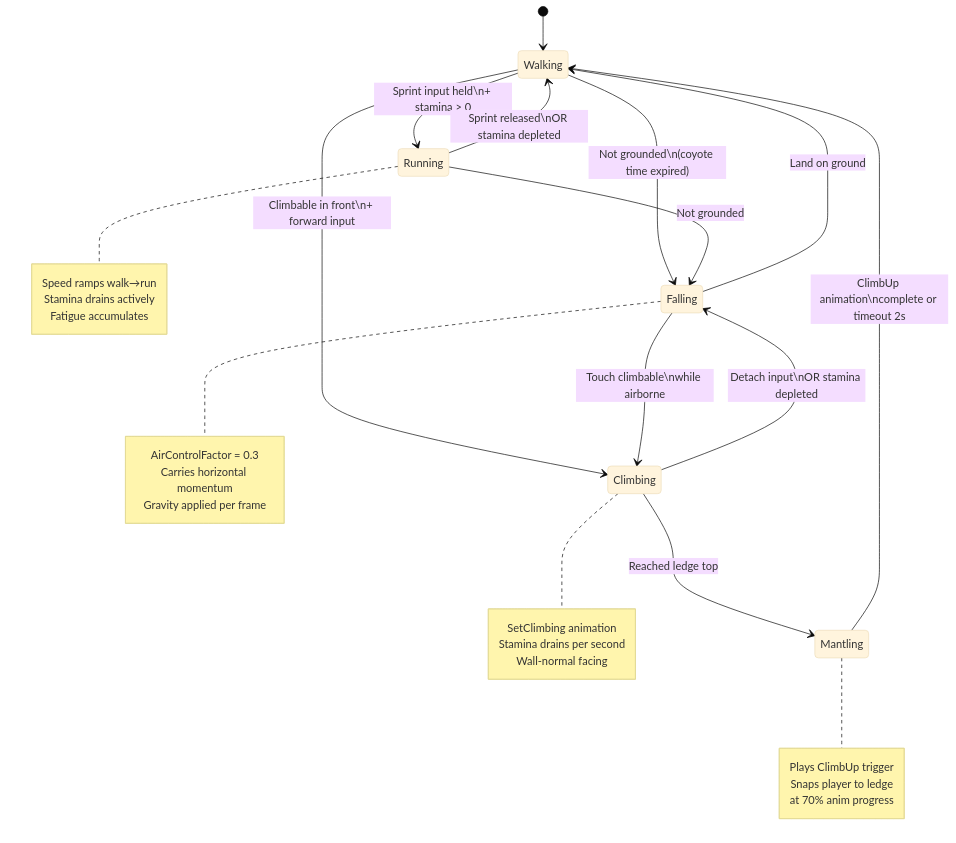
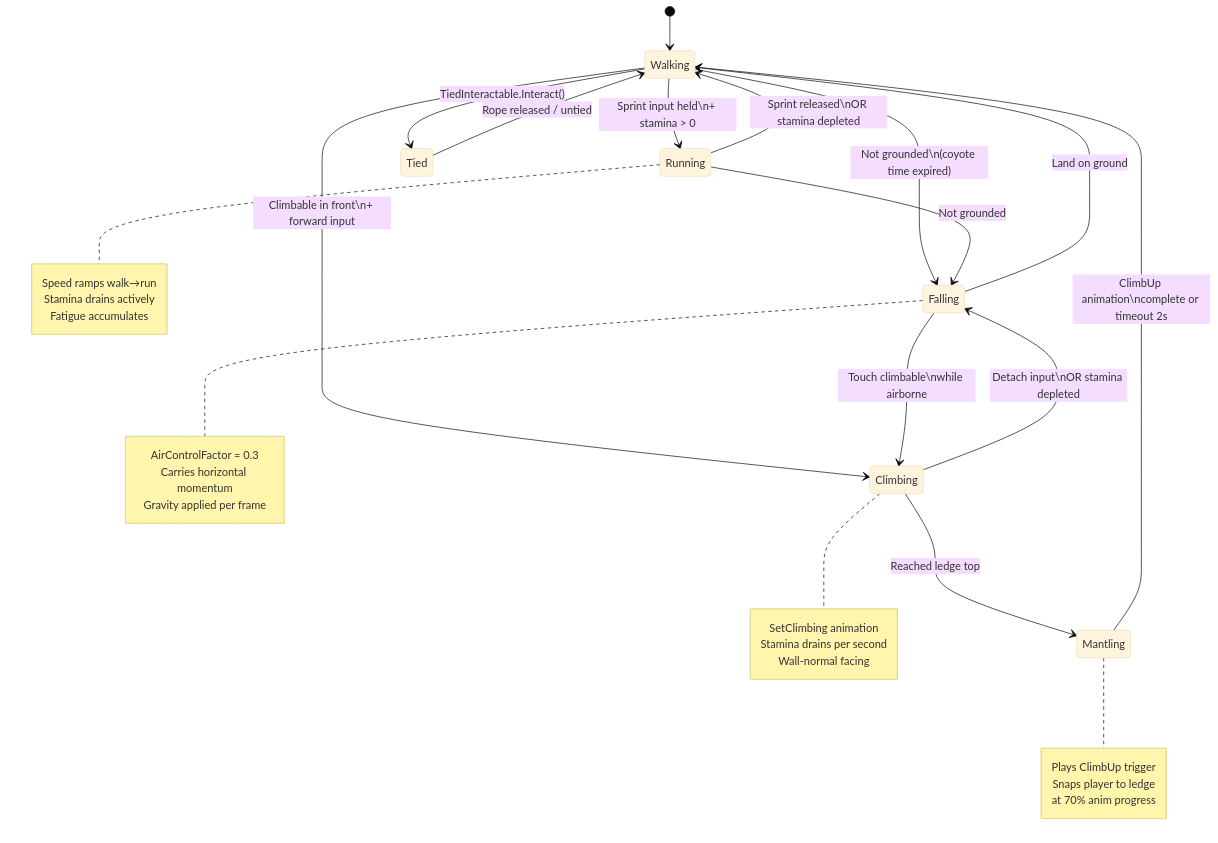
The eighth of 20 diagrams in CODEBASE_MERMAID_DIAGRAMS.md (DontBeknown/so-PEAK), drawn with Mermaid (base theme) before and after one commit. The commit also changed other lines of this file and 22 other files, not shown here.

````diff
--- a/CODEBASE_MERMAID_DIAGRAMS.md
+++ b/CODEBASE_MERMAID_DIAGRAMS.md
@@ -407,43 +412,46 @@
 ```mermaid
 stateDiagram-v2
     [*] --> Walking
 
     Walking --> Running: Sprint input held\n+ stamina > 0
     Walking --> Climbing: Climbable in front\n+ forward input
     Walking --> Falling: Not grounded\n(coyote time expired)
+    Walking --> Tied: TiedInteractable.Interact()
 
     Running --> Walking: Sprint released\nOR stamina depleted
     Running --> Falling: Not grounded
 
     Climbing --> Falling: Detach input\nOR stamina depleted
     Climbing --> Mantling: Reached ledge top
 
     Mantling --> Walking: ClimbUp animation\ncomplete or timeout 2s
 
     Falling --> Walking: Land on ground
     Falling --> Climbing: Touch climbable\nwhile airborne
+
+    Tied --> Walking: Rope released / untied
 
     note right of Running
         Speed ramps walk→run
         Stamina drains actively
         Fatigue accumulates
     end note
 
     note right of Climbing
         SetClimbing animation
         Stamina drains per second
         Wall-normal facing
     end note
 
     note right of Mantling
         Plays ClimbUp trigger
         Snaps player to ledge
         at 70% anim progress
     end note
 
     note right of Falling
         AirControlFactor = 0.3
         Carries horizontal momentum
         Gravity applied per frame
     end note
 ```
````
